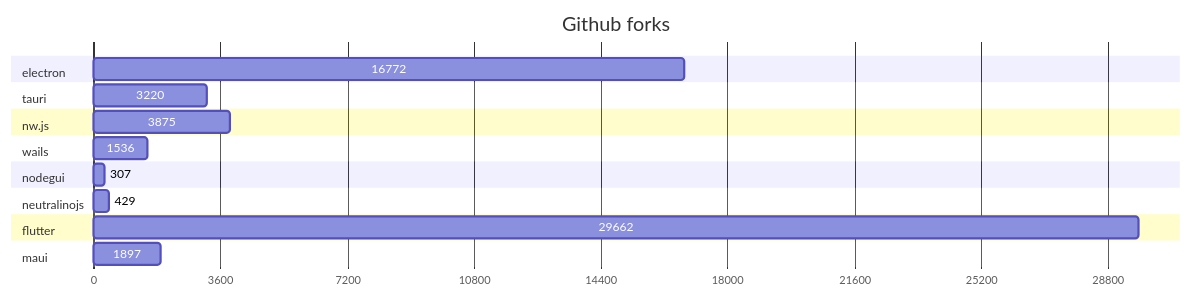
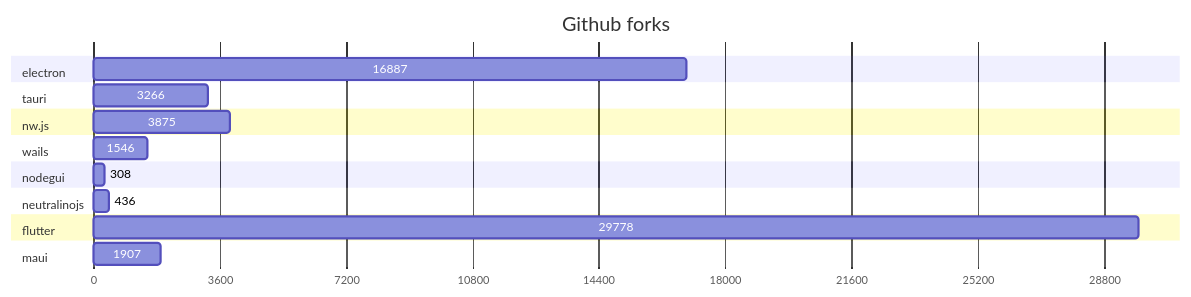
The second of 2 diagrams in GRAPHS.md (Elanis/web-to-desktop-framework-comparison), drawn with Mermaid before and after one commit. The commit also changed other lines of this file and 2 other files, not shown here.

````diff
--- a/GRAPHS.md
+++ b/GRAPHS.md
@@ -47,40 +47,40 @@
 ```mermaid
 gantt
     title Github forks
     dateFormat  X
     axisFormat %s
 
 
 	section electron
-	16772 : 0, 16772
+	16887 : 0, 16887
 
 	
 	section tauri
-	3220 : 0, 3220
+	3266 : 0, 3266
 
 	
 	section nw.js
 	3875 : 0, 3875
 
 	
 	section wails
-	1536 : 0, 1536
+	1546 : 0, 1546
 
 	
 	section nodegui
-	307 : 0, 307
+	308 : 0, 308
 
 	
 	section neutralinojs
-	429 : 0, 429
+	436 : 0, 436
 
 	
 	section flutter
-	29662 : 0, 29662
+	29778 : 0, 29778
 
 	
 	section maui
-	1897 : 0, 1897
+	1907 : 0, 1907
 
 	
 ```
````
